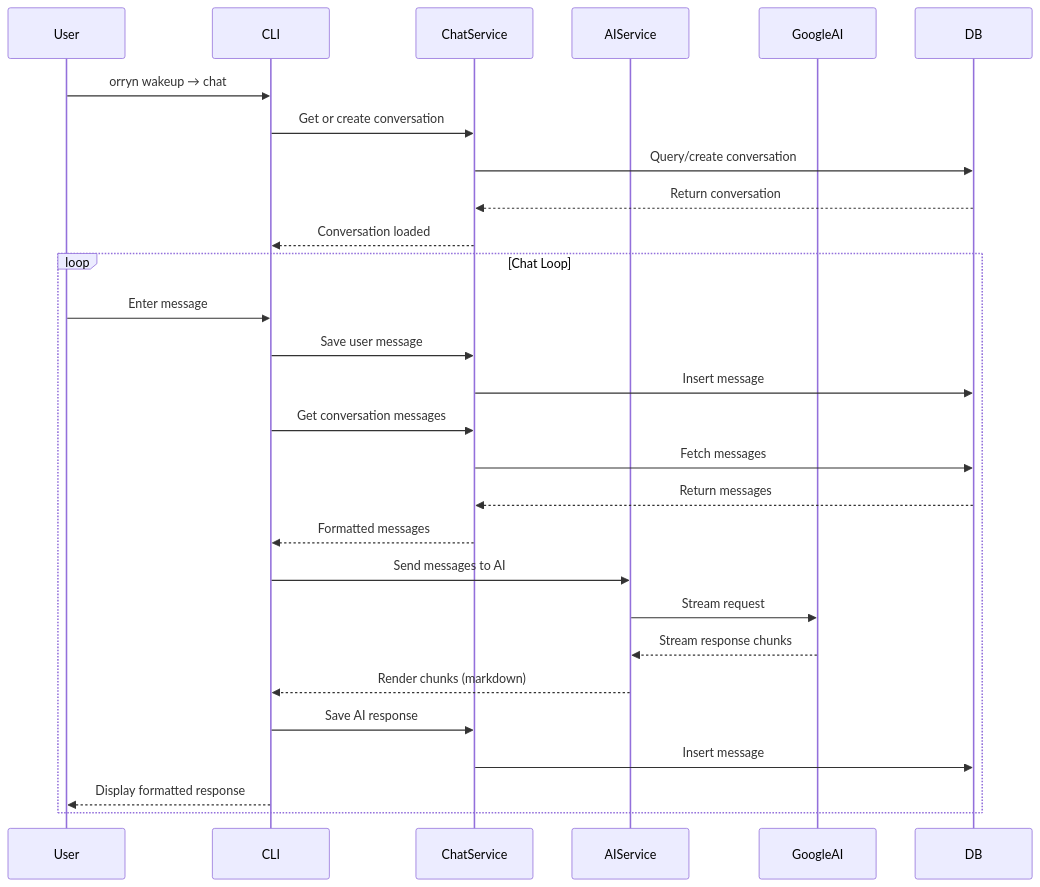
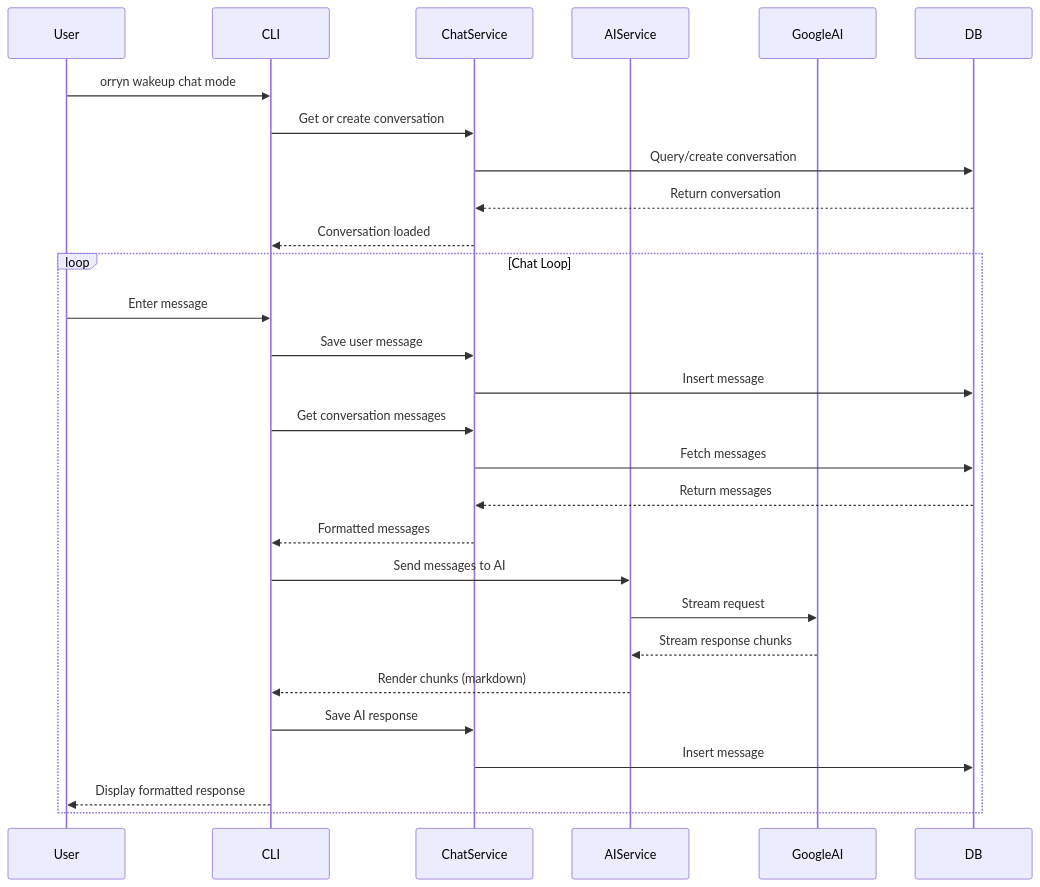
The fourth of 7 diagrams in README.md (Swarnim-Chandve/Orryn-Cli), drawn with Mermaid before and after one commit. The commit also changed other lines of this file, not shown here.

````diff
--- a/README.md
+++ b/README.md
@@ -212,32 +212,32 @@
 ```mermaid
 sequenceDiagram
     participant User
     participant CLI
     participant ChatService
     participant AIService
     participant GoogleAI
     participant DB
     
-    User->>CLI: orryn wakeup → chat
+    User->>CLI: orryn wakeup chat mode
     CLI->>ChatService: Get or create conversation
     ChatService->>DB: Query/create conversation
     DB-->>ChatService: Return conversation
     ChatService-->>CLI: Conversation loaded
     
     loop Chat Loop
         User->>CLI: Enter message
         CLI->>ChatService: Save user message
         ChatService->>DB: Insert message
         CLI->>ChatService: Get conversation messages
         ChatService->>DB: Fetch messages
         DB-->>ChatService: Return messages
         ChatService-->>CLI: Formatted messages
         CLI->>AIService: Send messages to AI
         AIService->>GoogleAI: Stream request
         GoogleAI-->>AIService: Stream response chunks
         AIService-->>CLI: Render chunks (markdown)
         CLI->>ChatService: Save AI response
         ChatService->>DB: Insert message
         CLI-->>User: Display formatted response
     end
 ```
````
